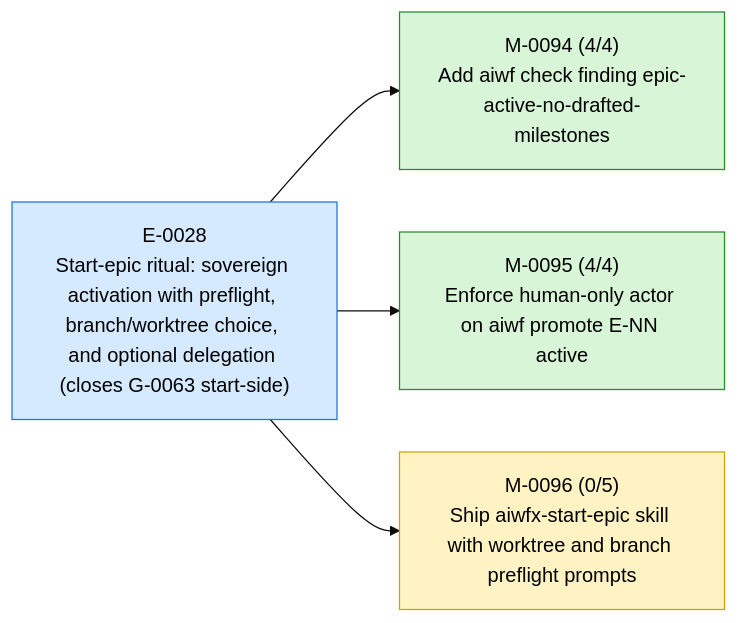
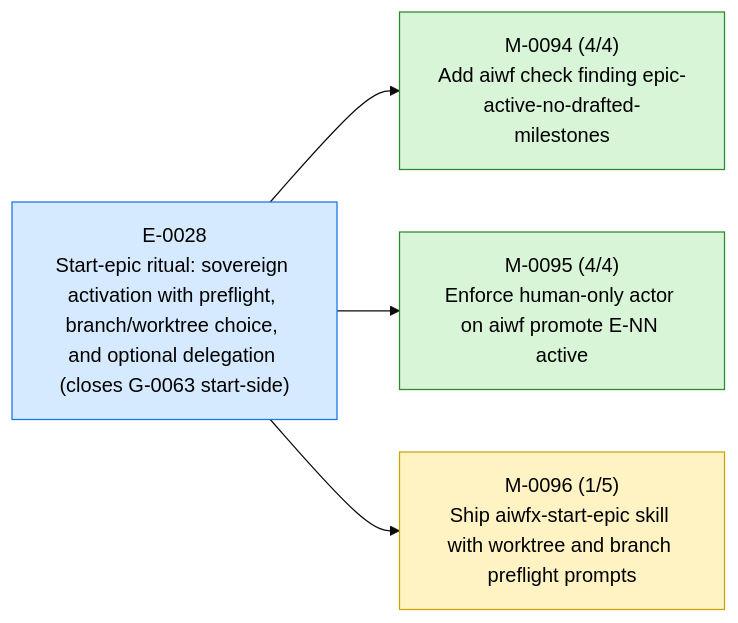
Before and after one commit to 23min/aiwf: the first of 3 diagrams in STATUS.md, drawn with Mermaid (base theme). The commit also changed other lines of this file and 1 other file, not shown here.

````diff
--- a/STATUS.md
+++ b/STATUS.md
@@ -15,16 +15,16 @@
 ```mermaid
 flowchart LR
   E_0028["E-0028<br/>Start-epic ritual: sovereign activation with preflight, branch/worktree choice, and optional delegation (closes G-0063 start-side)"]:::epic_active
   M_0094["M-0094 (4/4)<br/>Add aiwf check finding epic-active-no-drafted-milestones"]:::ms_done
   E_0028 --> M_0094
   M_0095["M-0095 (4/4)<br/>Enforce human-only actor on aiwf promote E-NN active"]:::ms_done
   E_0028 --> M_0095
-  M_0096["M-0096 (0/5)<br/>Ship aiwfx-start-epic skill with worktree and branch preflight prompts"]:::ms_in_progress
+  M_0096["M-0096 (1/5)<br/>Ship aiwfx-start-epic skill with worktree and branch preflight prompts"]:::ms_in_progress
   E_0028 --> M_0096
   classDef epic_active fill:#d6eaff,stroke:#1a73e8,color:#000
   classDef epic_proposed fill:#f4f4f4,stroke:#888,color:#000
   classDef ms_done fill:#d8f5d8,stroke:#2a8a2a,color:#000
   classDef ms_in_progress fill:#fff3c4,stroke:#caa400,color:#000
   classDef ms_draft fill:#f4f4f4,stroke:#888,color:#000
   classDef ms_cancelled fill:#fbeaea,stroke:#c33,color:#000
 ```
````
